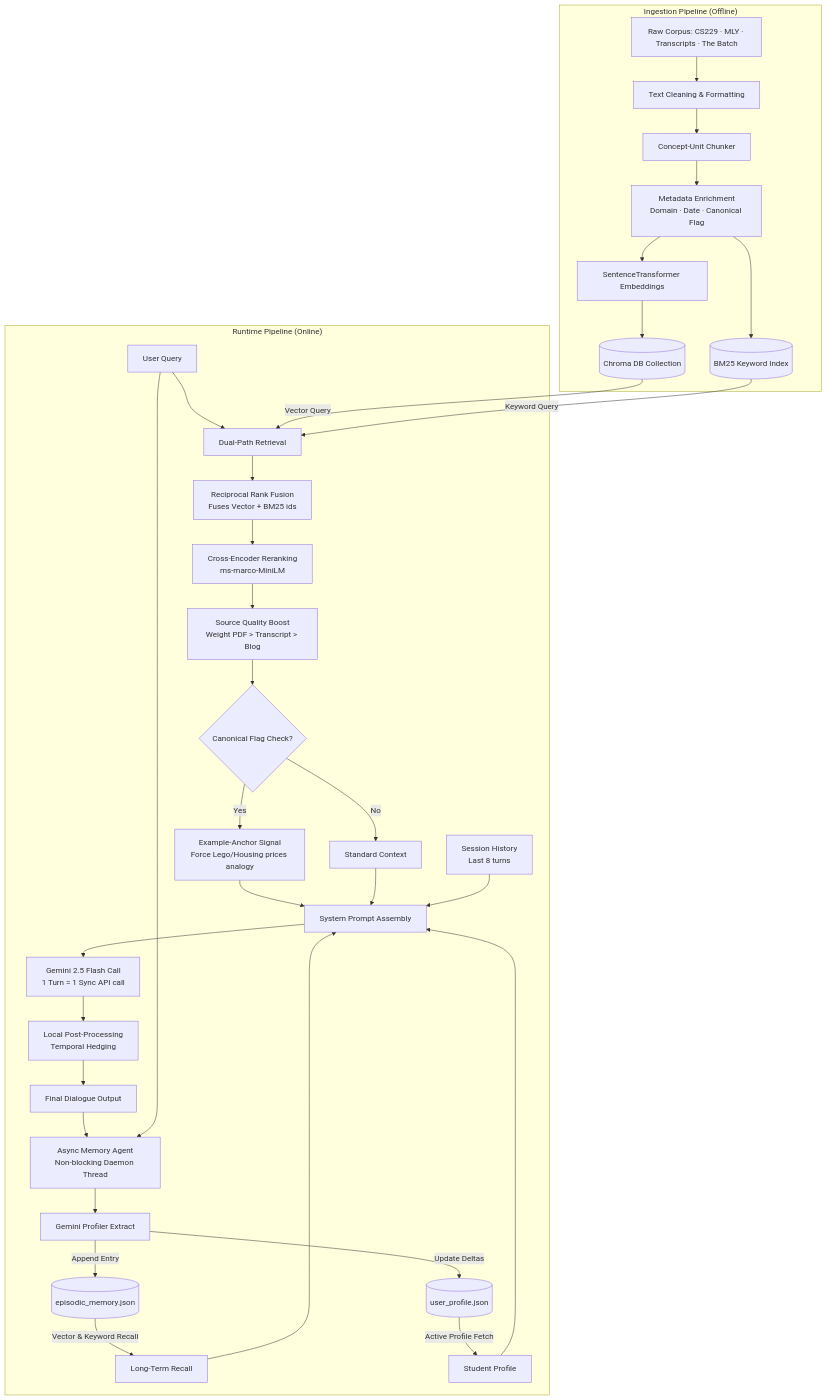
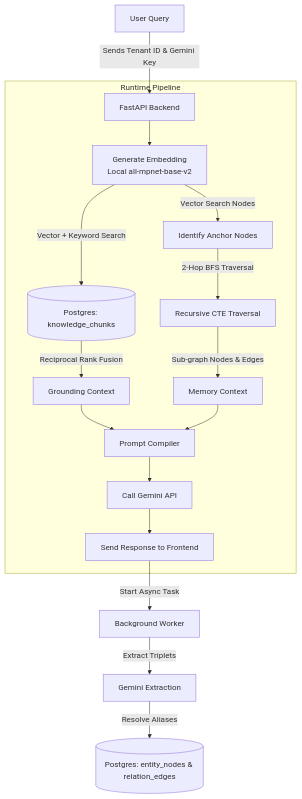
Before and after one commit to TECHSCHOLAR777/ANDREW-NG-DIGITAL-TWIN: the first of 5 diagrams in architecture.md, drawn with Mermaid. The commit also changed other lines of this file and 1 other file, not shown here.

````diff
--- a/architecture.md
+++ b/architecture.md
@@ -22,48 +22,29 @@
 ```mermaid
 flowchart TD
-    %% Ingestion Pipeline
-    subgraph "Ingestion Pipeline (Offline)"
-        A[Raw Corpus: CS229 · MLY · Transcripts · The Batch] --> B[Text Cleaning & Formatting]
-        B --> C[Concept-Unit Chunker]
-        C --> D[Metadata Enrichment\nDomain · Date · Canonical Flag]
-        D --> E[SentenceTransformer Embeddings]
-        E --> F[(Chroma DB Collection)]
-        D --> G[(BM25 Keyword Index)]
+    %% Main Flow
+    UserQuery[User Query] -->|Sends Tenant ID & Gemini Key| API[FastAPI Backend]
+    
+    subgraph Processing [Runtime Pipeline]
+        API --> Embed[Generate Embedding\nLocal all-mpnet-base-v2]
+        
+        %% Retrieval paths
+        Embed -->|Vector + Keyword Search| DBChunks[(Postgres: knowledge_chunks)]
+        DBChunks -->|Reciprocal Rank Fusion| Ground[Grounding Context]
+        
+        %% Graph Memory paths
+        Embed -->|Vector Search Nodes| Anchor[Identify Anchor Nodes]
+        Anchor -->|2-Hop BFS Traversal| Traversal[Recursive CTE Traversal]
+        Traversal -->|Sub-graph Nodes & Edges| GraphMem[Memory Context]
+        
+        Ground --> Compiler[Prompt Compiler]
+        GraphMem --> Compiler
+        
+        Compiler --> Gemini[Call Gemini API]
+        Gemini --> Response[Send Response to Frontend]
     end
 
-    %% Runtime Pipeline
-    subgraph "Runtime Pipeline (Online)"
-        H[User Query] --> I[Dual-Path Retrieval]
-        F -->|Vector Query| I
-        G -->|Keyword Query| I
-        I --> J[Reciprocal Rank Fusion\nFuses Vector + BM25 ids]
-        J --> K[Cross-Encoder Reranking\nms-marco-MiniLM]
-        K --> L[Source Quality Boost\nWeight PDF > Transcript > Blog]
-        L --> M{Canonical Flag Check?}
-        M -->|Yes| N[Example-Anchor Signal\nForce Lego/Housing prices analogy]
-        M -->|No| O[Standard Context]
-
-        %% Memory Retrieval
-        P[(episodic_memory.json)] -->|Vector & Keyword Recall| Q[Long-Term Recall]
-        R[(user_profile.json)] -->|Active Profile Fetch| S[Student Profile]
-        
-        %% Prompt Compiler
-        N --> T[System Prompt Assembly]
-        O --> T
-        Q --> T
-        S --> T
-        U[Session History\nLast 8 turns] --> T
-
-        %% Generation & Guardrails
-        T --> V[Gemini 2.5 Flash Call\n1 Turn = 1 Sync API call]
-        V --> W[Local Post-Processing\nTemporal Hedging]
-        W --> X[Final Dialogue Output]
-
-        %% Background Memory System
-        X --> Y[Async Memory Agent\nNon-blocking Daemon Thread]
-        H --> Y
-        Y --> Z[Gemini Profiler Extract]
-        Z -->|Update Deltas| R
-        Z -->|Append Entry| P
-    end
+    %% Background tasks
+    Response -->|Start Async Task| Worker[Background Worker]
+    Worker -->|Extract Triplets| GeminiExtract[Gemini Extraction]
+    GeminiExtract -->|Resolve Aliases| DBGraph[(Postgres: entity_nodes & relation_edges)]
 ```
````
